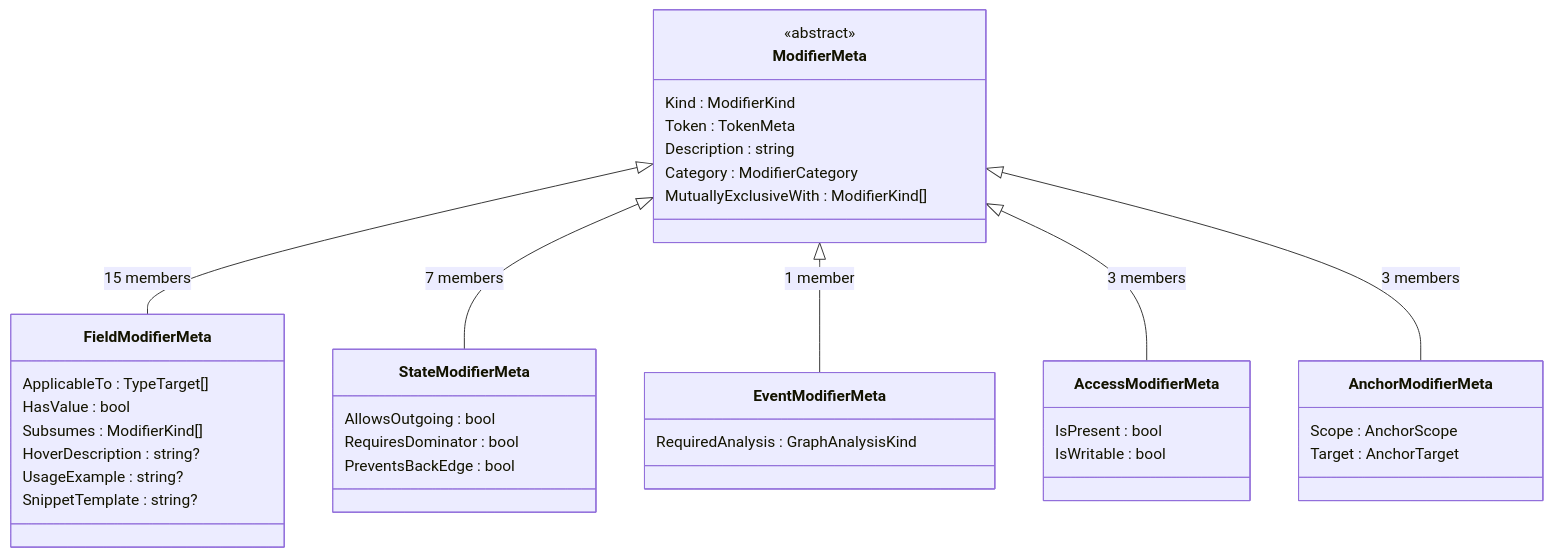
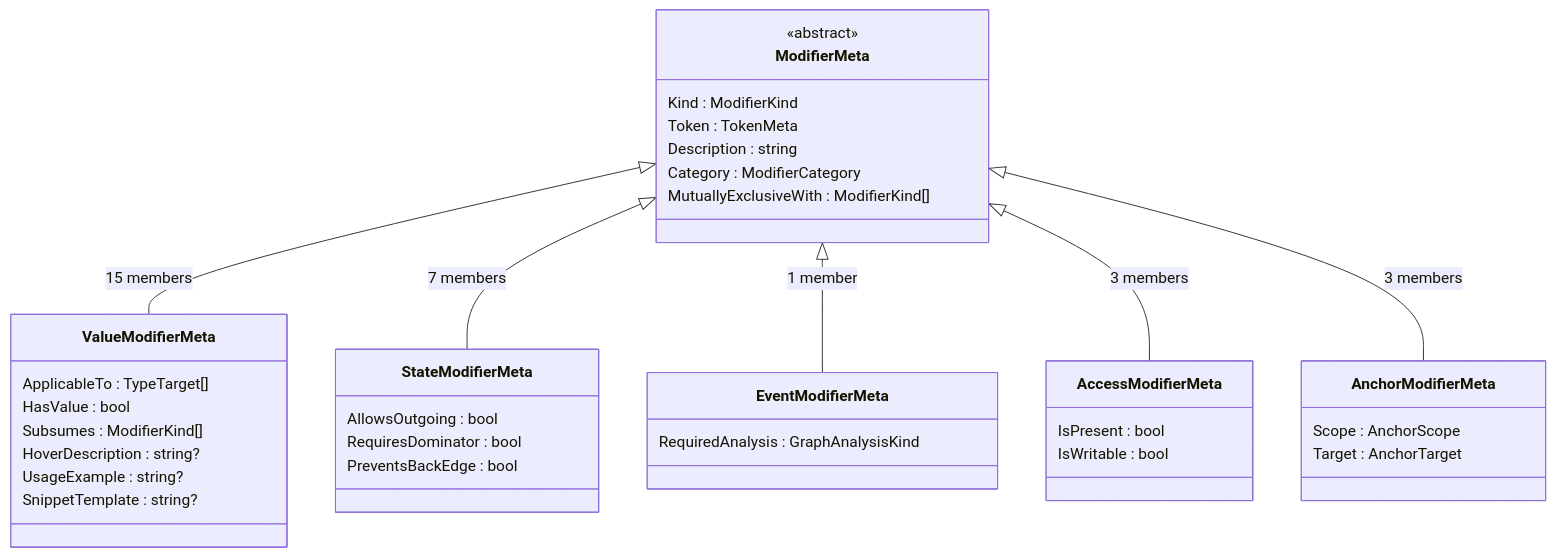
Before and after one commit to sfalik/Precept: the third of 6 diagrams in docs/language/catalog-system.md, drawn with Mermaid. The commit also changed other lines of this file and 109 other files, not shown here.

````diff
--- a/docs/language/catalog-system.md
+++ b/docs/language/catalog-system.md
@@ -333,40 +333,40 @@
 ```mermaid
 classDiagram
     class ModifierMeta {
         <<abstract>>
         Kind : ModifierKind
         Token : TokenMeta
         Description : string
         Category : ModifierCategory
         MutuallyExclusiveWith : ModifierKind[]
     }
-    class FieldModifierMeta {
+    class ValueModifierMeta {
         ApplicableTo : TypeTarget[]
         HasValue : bool
         Subsumes : ModifierKind[]
         HoverDescription : string?
         UsageExample : string?
         SnippetTemplate : string?
     }
     class StateModifierMeta {
         AllowsOutgoing : bool
         RequiresDominator : bool
         PreventsBackEdge : bool
     }
     class EventModifierMeta {
         RequiredAnalysis : GraphAnalysisKind
     }
     class AccessModifierMeta {
         IsPresent : bool
         IsWritable : bool
     }
     class AnchorModifierMeta {
         Scope : AnchorScope
         Target : AnchorTarget
     }
-    ModifierMeta <|-- FieldModifierMeta : 15 members
+    ModifierMeta <|-- ValueModifierMeta : 15 members
     ModifierMeta <|-- StateModifierMeta : 7 members
     ModifierMeta <|-- EventModifierMeta : 1 member
     ModifierMeta <|-- AccessModifierMeta : 3 members
     ModifierMeta <|-- AnchorModifierMeta : 3 members
 ```
````
